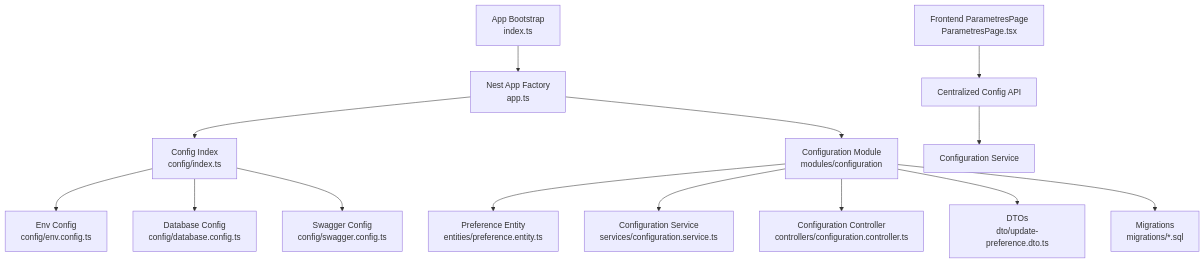
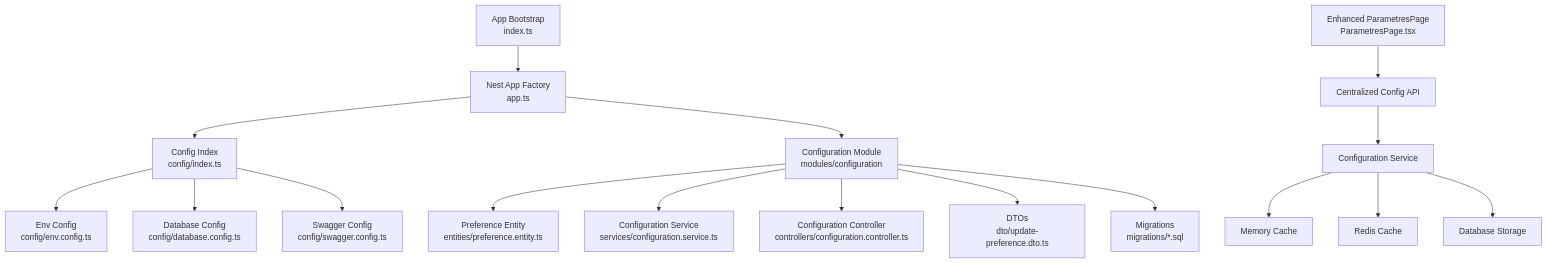
The first of 5 diagrams in .qoder/repowiki/en/content/System Architecture/Backend Architecture/Configuration & Environment Management.md (franckylab/eLISAschool), drawn with Mermaid before and after one commit. The commit also changed other lines of this file and 483 other files, not shown here.

````diff
--- a/.qoder/repowiki/en/content/System Architecture/Backend Architecture/Configuration & Environment Management.md
+++ b/.qoder/repowiki/en/content/System Architecture/Backend Architecture/Configuration & Environment Management.md
@@ -69,16 +70,19 @@
 ```mermaid
 graph TB
 A["App Bootstrap<br/>index.ts"] --> B["Nest App Factory<br/>app.ts"]
 B --> C["Config Index<br/>config/index.ts"]
 C --> D["Env Config<br/>config/env.config.ts"]
 C --> E["Database Config<br/>config/database.config.ts"]
 C --> F["Swagger Config<br/>config/swagger.config.ts"]
 B --> G["Configuration Module<br/>modules/configuration"]
 G --> H["Preference Entity<br/>entities/preference.entity.ts"]
 G --> I["Configuration Service<br/>services/configuration.service.ts"]
 G --> J["Configuration Controller<br/>controllers/configuration.controller.ts"]
 G --> K["DTOs<br/>dto/update-preference.dto.ts"]
 G --> L["Migrations<br/>migrations/*.sql"]
-M["Frontend ParametresPage<br/>ParametresPage.tsx"] --> N["Centralized Config API"]
+M["Enhanced ParametresPage<br/>ParametresPage.tsx"] --> N["Centralized Config API"]
 N --> O["Configuration Service"]
+O --> P["Memory Cache"]
+O --> Q["Redis Cache"]
+O --> R["Database Storage"]
 ```
````
